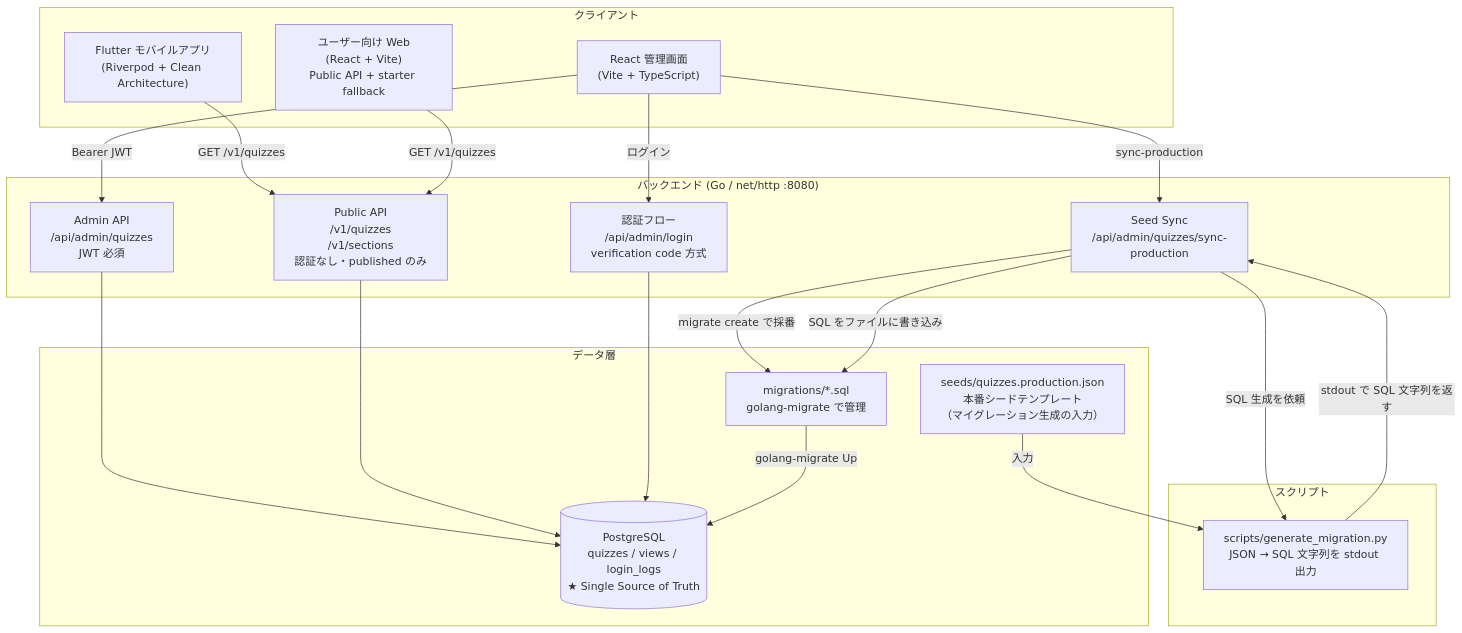
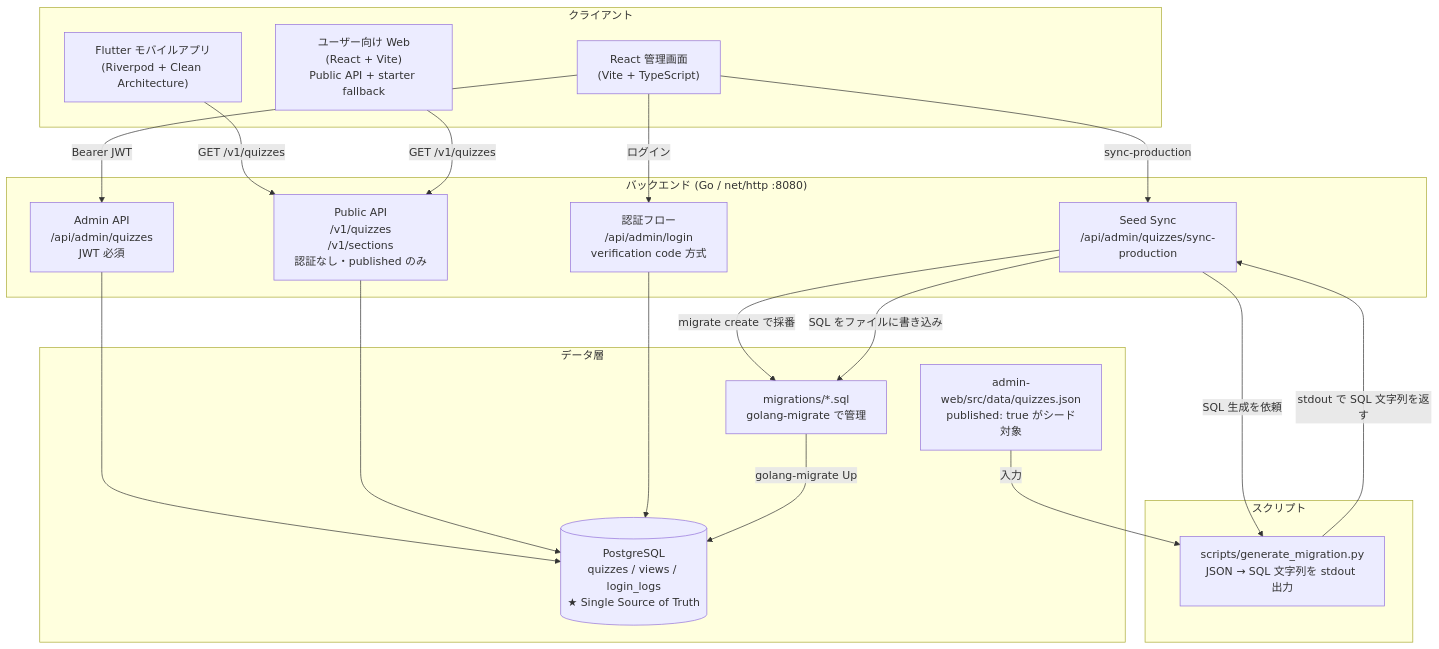
One commit to Yoshinaga123/quiz changed the first of 2 diagrams in docs/architecture/overview.md. Above: the diagram before and after it, drawn with Mermaid. The commit also changed other lines of this file and 125 other files, not shown here.

````diff
--- a/docs/architecture/overview.md
+++ b/docs/architecture/overview.md
@@ -7,42 +7,42 @@
 ```mermaid
 graph TB
     subgraph Clients["クライアント"]
         Mobile["Flutter モバイルアプリ<br/>(Riverpod + Clean Architecture)"]
         WebApp["ユーザー向け Web<br/>(React + Vite)<br/>Public API + starter fallback"]
         AdminWeb["React 管理画面<br/>(Vite + TypeScript)"]
     end
 
     subgraph Backend["バックエンド (Go / net/http :8080)"]
         PublicAPI["Public API<br/>/v1/quizzes<br/>/v1/sections<br/>認証なし・published のみ"]
         AdminAPI["Admin API<br/>/api/admin/quizzes<br/>JWT 必須"]
         AuthFlow["認証フロー<br/>/api/admin/login<br/>verification code 方式"]
         SyncFlow["Seed Sync<br/>/api/admin/quizzes/sync-production"]
     end
 
     subgraph DataLayer["データ層"]
         DB[("PostgreSQL<br/>quizzes / views / login_logs<br/>★ Single Source of Truth")]
-        SeedJSON["seeds/quizzes.production.json<br/>本番シードテンプレート<br/>（マイグレーション生成の入力）"]
+        SeedJSON["admin-web/src/data/quizzes.json<br/>published: true がシード対象"]
         MigrationSQL["migrations/*.sql<br/>golang-migrate で管理"]
     end
 
     subgraph Scripts["スクリプト"]
         GenScript["scripts/generate_migration.py<br/>JSON → SQL 文字列を stdout 出力"]
     end
 
     Mobile -->|GET /v1/quizzes| PublicAPI
     WebApp -->|GET /v1/quizzes| PublicAPI
     AdminWeb -->|Bearer JWT| AdminAPI
     AdminWeb -->|ログイン| AuthFlow
 
     AdminAPI --> DB
     PublicAPI --> DB
     AuthFlow --> DB
 
     AdminWeb -->|sync-production| SyncFlow
     SyncFlow -->|migrate create で採番| MigrationSQL
     SyncFlow -->|SQL 生成を依頼| GenScript
     GenScript -->|stdout で SQL 文字列を返す| SyncFlow
     SyncFlow -->|SQL をファイルに書き込み| MigrationSQL
     SeedJSON -->|入力| GenScript
     MigrationSQL -->|golang-migrate Up| DB
 ```
````
